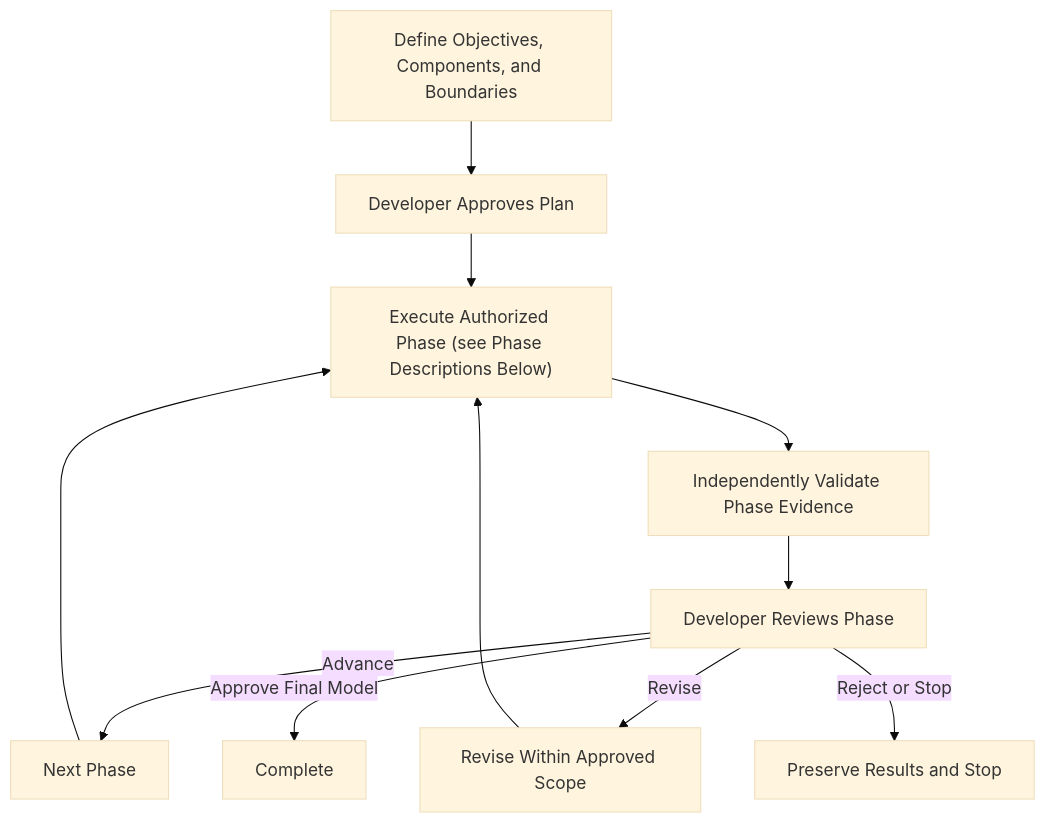
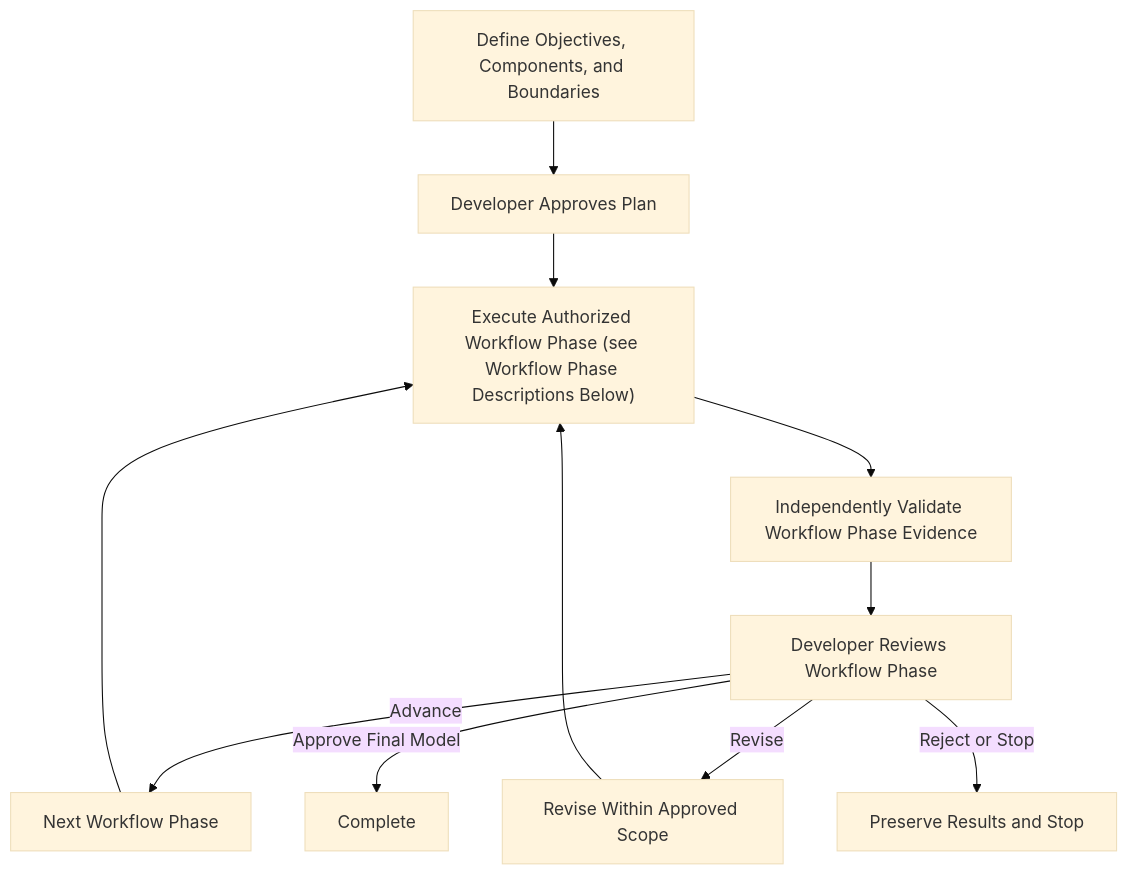
One commit to jimthompson5802/agentic-ml changed the third of 3 diagrams in docs/specs/agentic-ml-harness-design.md. Above: the diagram before and after it, drawn with Mermaid (base theme). The commit also changed other lines of this file and 4 other files, not shown here.

````diff
--- a/docs/specs/agentic-ml-harness-design.md
+++ b/docs/specs/agentic-ml-harness-design.md
@@ -157,13 +157,13 @@
 ```mermaid
 flowchart TD
     A[Define Objectives, Components, and Boundaries] --> B[Developer Approves Plan]
-    B --> C["Execute Authorized Phase (see Phase Descriptions Below)"]
-    C --> D[Independently Validate Phase Evidence]
-    D --> E[Developer Reviews Phase]
-    E -->|Advance| F[Next Phase]
+    B --> C["Execute Authorized Workflow Phase (see Workflow Phase Descriptions Below)"]
+    C --> D[Independently Validate Workflow Phase Evidence]
+    D --> E[Developer Reviews Workflow Phase]
+    E -->|Advance| F[Next Workflow Phase]
     F --> C
     E -->|Revise| G[Revise Within Approved Scope]
     G --> C
     E -->|Approve Final Model| H[Complete]
     E -->|Reject or Stop| I[Preserve Results and Stop]
 ```
````
